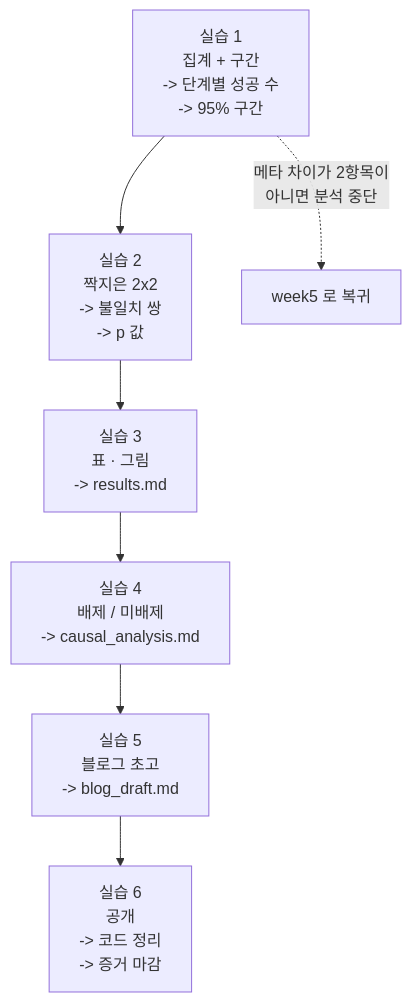
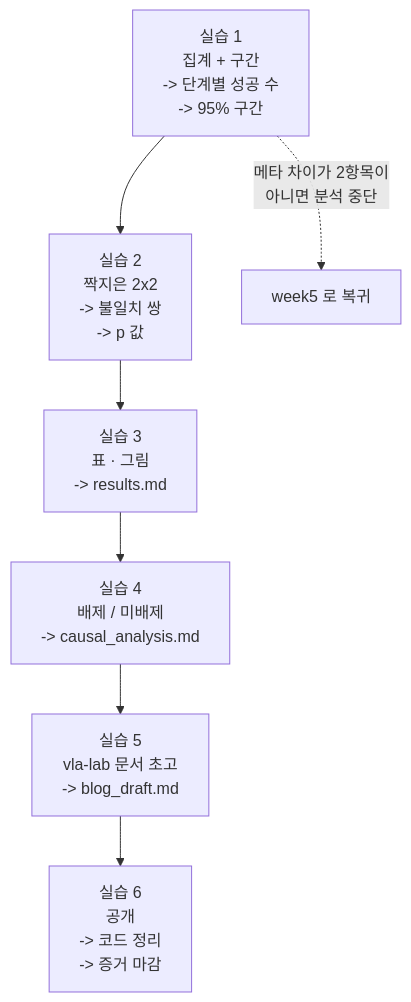
One commit to tylee-yeonge/physical-ai-study changed the diagram in Studies/Phase 4.5/week6/PRACTICE.md. Above: the diagram before and after it, drawn with Mermaid. The commit also changed other lines of this file and 33 other files, not shown here.

First line of the commit message:
docs: 발행 채널 전수조사 — Studies 전체 블로그/velog 표기를 vla-lab 로 교체

````diff
--- a/Studies/Phase 4.5/week6/PRACTICE.md
+++ b/Studies/Phase 4.5/week6/PRACTICE.md
@@ -32,11 +32,11 @@
 ```mermaid
 flowchart TD
     P1["실습 1<br/>집계 + 구간<br/>-> 단계별 성공 수<br/>-> 95% 구간"]
     P2["실습 2<br/>짝지은 2x2<br/>-> 불일치 쌍<br/>-> p 값"]
     P3["실습 3<br/>표 · 그림<br/>-> results.md"]
     P4["실습 4<br/>배제 / 미배제<br/>-> causal_analysis.md"]
-    P5["실습 5<br/>블로그 초고<br/>-> blog_draft.md"]
+    P5["실습 5<br/>vla-lab 문서 초고<br/>-> blog_draft.md"]
     P6["실습 6<br/>공개<br/>-> 코드 정리<br/>-> 증거 마감"]
     P1 --> P2 --> P3 --> P4 --> P5 --> P6
     P1 -.->|"메타 차이가 2항목이<br/>아니면 분석 중단"| W5["week5 로 복귀"]
 ```
````
